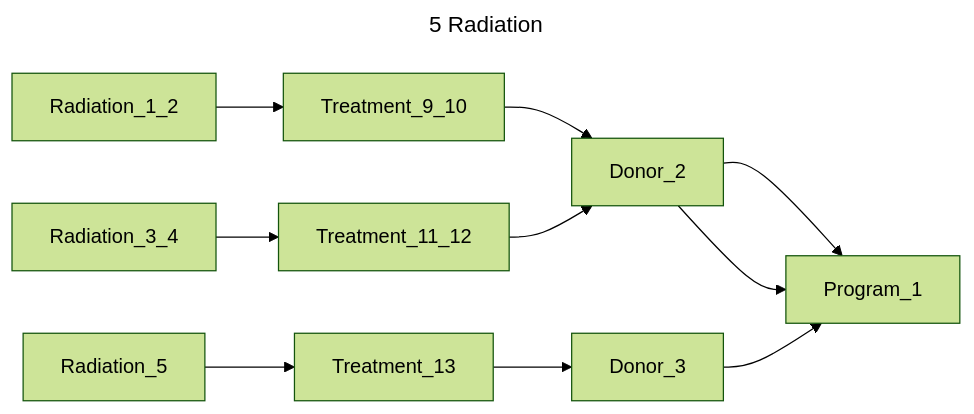
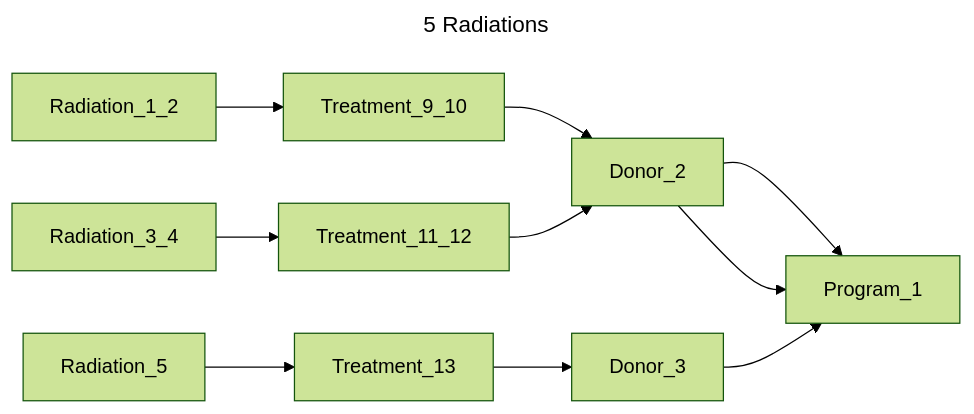
Before and after one commit to bento-platform/katsu: the eighth of 13 diagrams in chord_metadata_service/mohpackets/data/small_dataset/README.md, drawn with Mermaid (forest theme). The commit also changed other lines of this file, not shown here.

````diff
--- a/chord_metadata_service/mohpackets/data/small_dataset/README.md
+++ b/chord_metadata_service/mohpackets/data/small_dataset/README.md
@@ -203,9 +112,9 @@
 ```mermaid
 ---
-title: 5 Radiation
+title: 5 Radiations
 ---
 graph LR;  
   Radiation_1_2 --> Treatment_9_10 --> Donor_2 --> Program_1;  
   Radiation_3_4 --> Treatment_11_12 --> Donor_2 --> Program_1;  
   Radiation_5 --> Treatment_13 --> Donor_3 --> Program_1;
 ```
````
